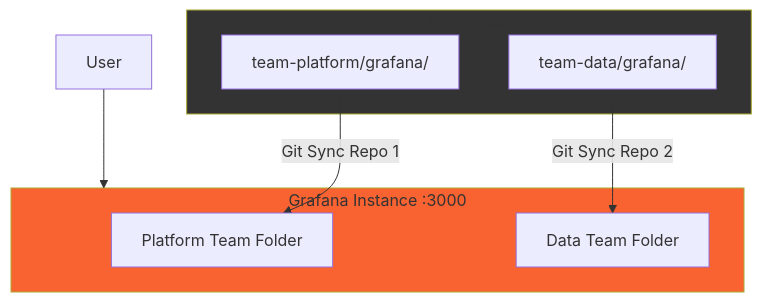
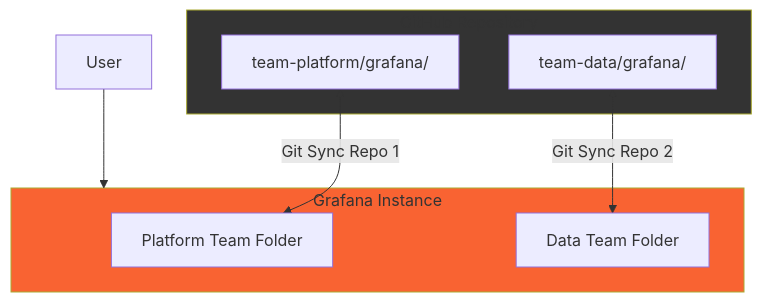
Before and after one commit to MissingRoberto/campfire-using-git-sync-demo: the first of 2 diagrams in 5-multi-team/README.md, drawn with Mermaid.

Commit message:
Remove port from diagram

````diff
--- a/5-multi-team/README.md
+++ b/5-multi-team/README.md
@@ -7,20 +7,20 @@
 ```mermaid
 graph TB
     User[User] --> Grafana[Single Grafana Instance]
 
     subgraph GitHub[GitHub Repository]
         PlatformPath[team-platform/grafana/]
         DataPath[team-data/grafana/]
     end
 
-    subgraph Grafana[Grafana Instance :3000]
+    subgraph Grafana[Grafana Instance]
         PlatformFolder[Platform Team Folder]
         DataFolder[Data Team Folder]
     end
 
     PlatformPath <--> |Git Sync Repo 1| PlatformFolder
     DataPath <--> |Git Sync Repo 2| DataFolder
 
     style Grafana fill:#f96332
     style GitHub fill:#333
 ```
````
